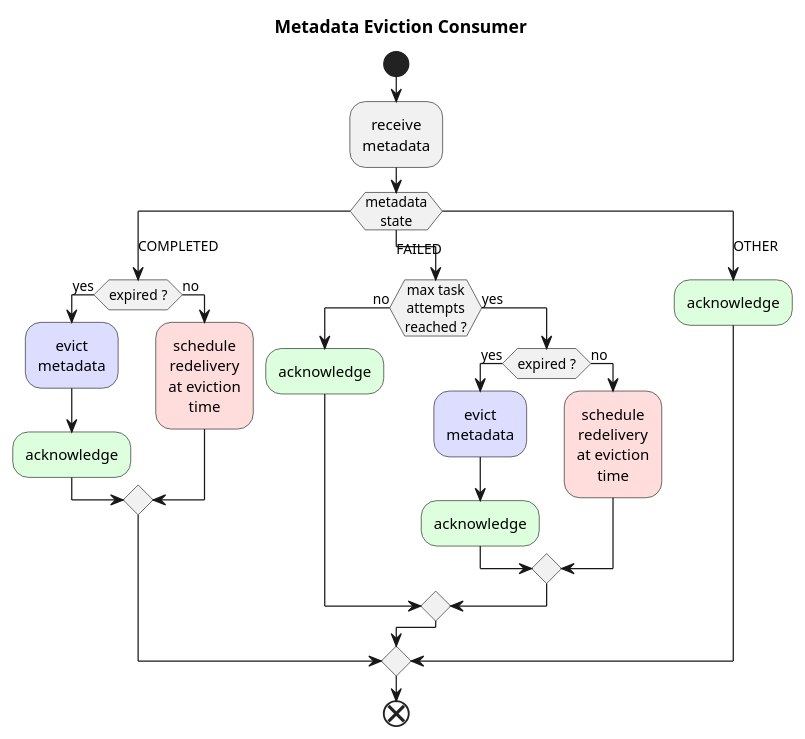
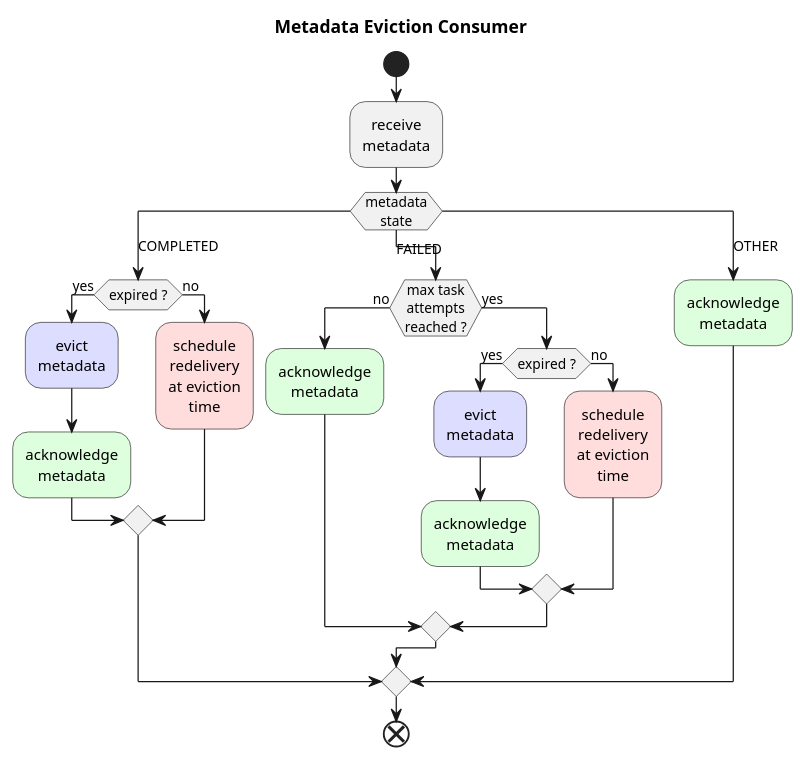
The diagram in doc/task-eviction.puml (streamnative/pulsar-recipes), drawn with PlantUML before and after one commit.

```diff
--- a/doc/task-eviction.puml
+++ b/doc/task-eviction.puml
@@ -17,34 +17,34 @@
 @startuml
 
 skinparam defaultTextAlignment center
 
 title Metadata Eviction Consumer
 
 start
 :receive\nmetadata;
 switch (metadata\nstate)
 case (COMPLETED)
     if (expired ?) then (yes)
         #DDDDFF:evict\nmetadata;
-        #DDFFDD:acknowledge;
+        #DDFFDD:acknowledge\nmetadata;
     else (no)
         #FFDDDD:schedule\nredelivery\nat eviction\ntime;
     endif
 case (FAILED)
     if (max task\nattempts\nreached ?) then (no)
-        #DDFFDD:acknowledge;
+        #DDFFDD:acknowledge\nmetadata;
     else (yes)
         if (expired ?) then (yes)
             #DDDDFF:evict\nmetadata;
-            #DDFFDD:acknowledge;
+            #DDFFDD:acknowledge\nmetadata;
         else (no)
             #FFDDDD:schedule\nredelivery\nat eviction\ntime;
         endif
     endif
 case (OTHER)
-    #DDFFDD:acknowledge;
+    #DDFFDD:acknowledge\nmetadata;
 endswitch
 end
 
 
 @enduml
```
